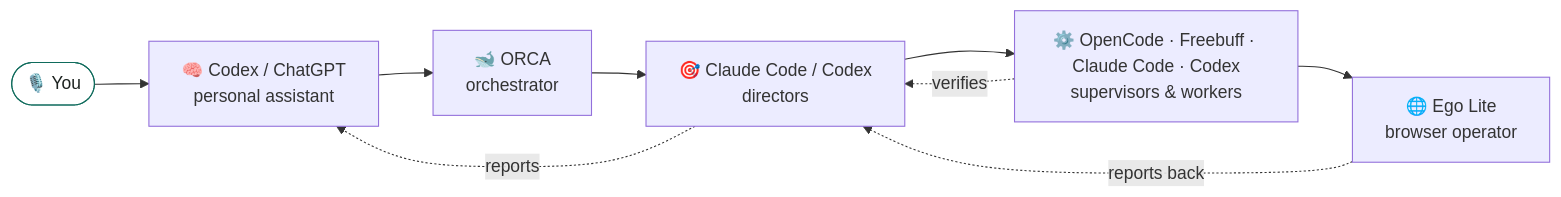
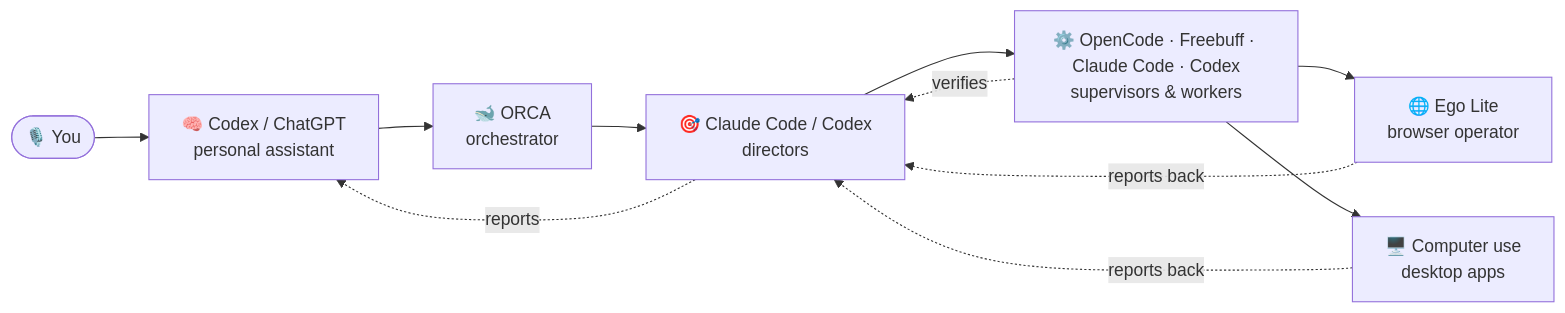
Before and after one commit to EnzoVezzaro/hstack: the diagram in README.md, drawn with Mermaid. The commit also changed other lines of this file and 18 other files, not shown here.

````diff
--- a/README.md
+++ b/README.md
@@ -32,13 +47,13 @@
 ```mermaid
 flowchart LR
     U(["🎙️ You"]) --> A["🧠 Codex / ChatGPT<br/>personal assistant"]
     A --> O["🐋 ORCA<br/>orchestrator"]
     O --> D["🎯 Claude Code / Codex<br/>directors"]
     D --> W["⚙️ OpenCode · Freebuff · Claude Code · Codex<br/>supervisors & workers"]
     W --> B["🌐 Ego Lite<br/>browser operator"]
+    W --> C["🖥️ Computer use<br/>desktop apps"]
     B -. reports back .-> D
+    C -. reports back .-> D
     W -. verifies .-> D
     D -. reports .-> A
-    classDef human fill:#fff,stroke:#0f6b5c,color:#1d2320;
-    class U human;
 ```
````
